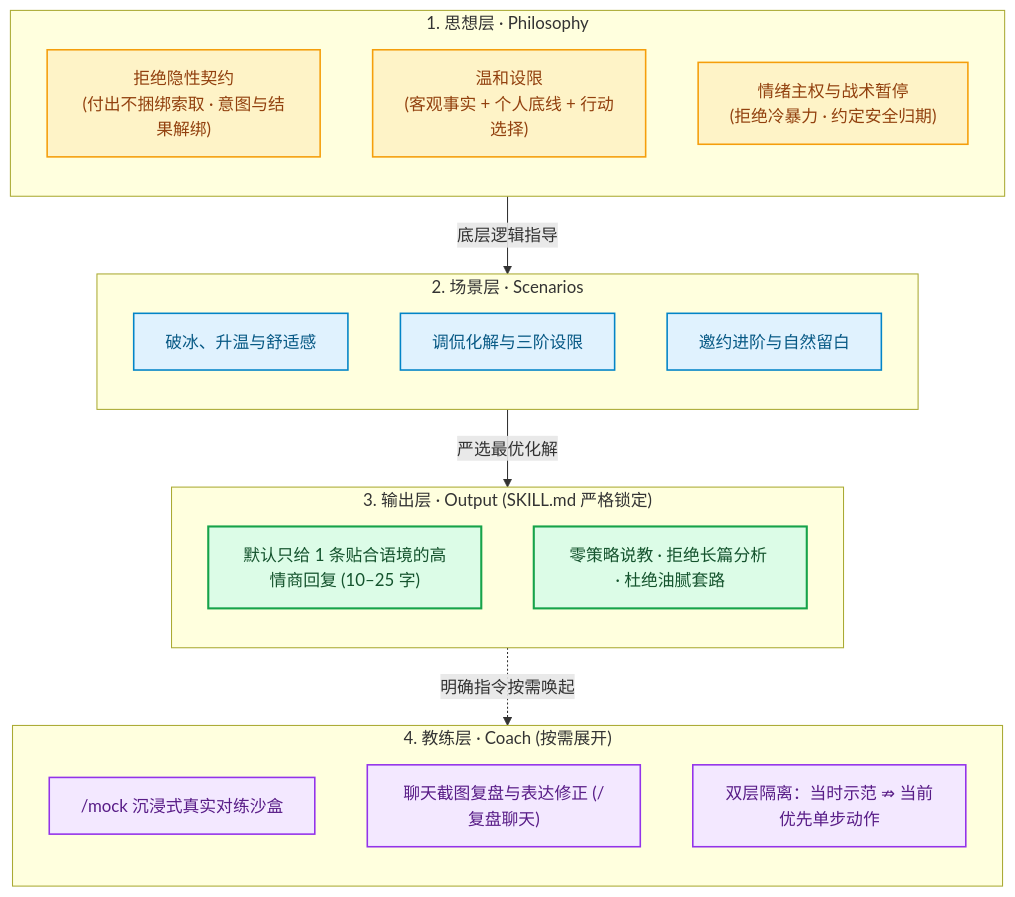
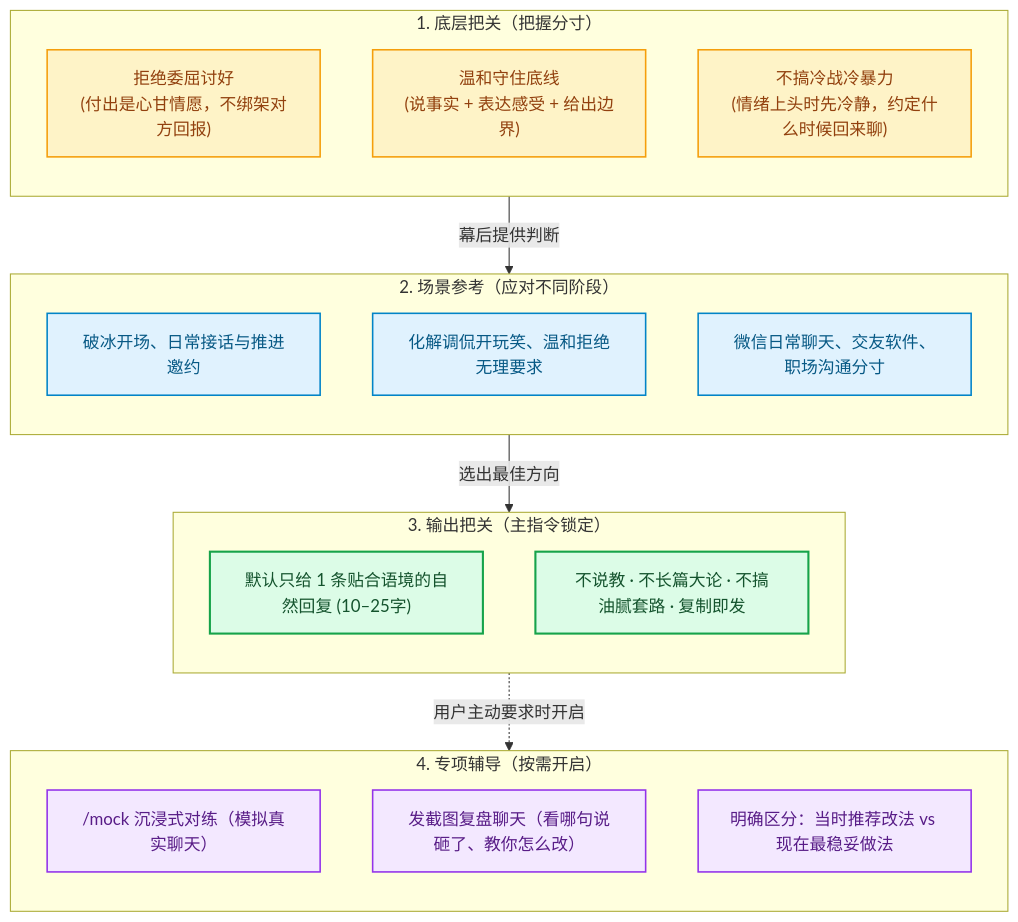
The first of 2 diagrams in README.md (CAoyinggo/emotional-push-pull), drawn with Mermaid before and after one commit. The commit also changed other lines of this file, not shown here.

````diff
--- a/README.md
+++ b/README.md
@@ -43,43 +44,43 @@
 ```mermaid
 flowchart TD
-    subgraph L1["1. 思想层 · Philosophy"]
+    subgraph L1["1. 底层把关（把握分寸）"]
         direction TB
-        P1["拒绝隐性契约<br/>(付出不捆绑索取 · 意图与结果解绑)"]
-        P2["温和设限<br/>(客观事实 + 个人底线 + 行动选择)"]
-        P3["情绪主权与战术暂停<br/>(拒绝冷暴力 · 约定安全归期)"]
+        P1["拒绝委屈讨好<br/>(付出是心甘情愿，不绑架对方回报)"]
+        P2["温和守住底线<br/>(说事实 + 表达感受 + 给出边界)"]
+        P3["不搞冷战冷暴力<br/>(情绪上头时先冷静，约定什么时候回来聊)"]
     end
 
-    subgraph L2["2. 场景层 · Scenarios"]
+    subgraph L2["2. 场景参考（应对不同阶段）"]
         direction TB
-        S1["破冰、升温与舒适感"]
-        S2["调侃化解与三阶设限"]
-        S3["邀约进阶与自然留白"]
+        S1["破冰开场、日常接话与推进邀约"]
+        S2["化解调侃开玩笑、温和拒绝无理要求"]
+        S3["微信日常聊天、交友软件、职场沟通分寸"]
     end
 
-    subgraph L3["3. 输出层 · Output (SKILL.md 严格锁定)"]
+    subgraph L3["3. 输出把关（主指令锁定）"]
         direction TB
-        O1["默认只给 1 条贴合语境的高情商回复 (10–25 字)"]
-        O2["零策略说教 · 拒绝长篇分析 · 杜绝油腻套路"]
+        O1["默认只给 1 条贴合语境的自然回复 (10–25字)"]
+        O2["不说教 · 不长篇大论 · 不搞油腻套路 · 复制即发"]
     end
 
-    subgraph L4["4. 教练层 · Coach (按需展开)"]
+    subgraph L4["4. 专项辅导（按需开启）"]
         direction TB
-        C1["/mock 沉浸式真实对练沙盒"]
-        C2["聊天截图复盘与表达修正 (/复盘聊天)"]
-        C3["双层隔离：当时示范 ⇏ 当前优先单步动作"]
+        C1["/mock 沉浸式对练（模拟真实聊天）"]
+        C2["发截图复盘聊天（看哪句说砸了、教你怎么改）"]
+        C3["明确区分：当时推荐改法 vs 现在最稳妥做法"]
     end
 
-    L1 -->|底层逻辑指导| L2
-    L2 -->|严选最优化解| L3
-    L3 -.->|明确指令按需唤起| L4
+    L1 -->|幕后提供判断| L2
+    L2 -->|选出最佳方向| L3
+    L3 -.->|用户主动要求时开启| L4
 
     classDef phil fill:#fef3c7,stroke:#f59e0b,stroke-width:1.5px,color:#92400e;
     classDef scen fill:#e0f2fe,stroke:#0284c7,stroke-width:1.5px,color:#075985;
     classDef outp fill:#dcfce7,stroke:#16a34a,stroke-width:2px,color:#14532d;
     classDef coac fill:#f3e8ff,stroke:#9333ea,stroke-width:1.5px,color:#581c87;
 
     class P1,P2,P3 phil;
     class S1,S2,S3 scen;
     class O1,O2 outp;
     class C1,C2,C3 coac;
 ```
````
